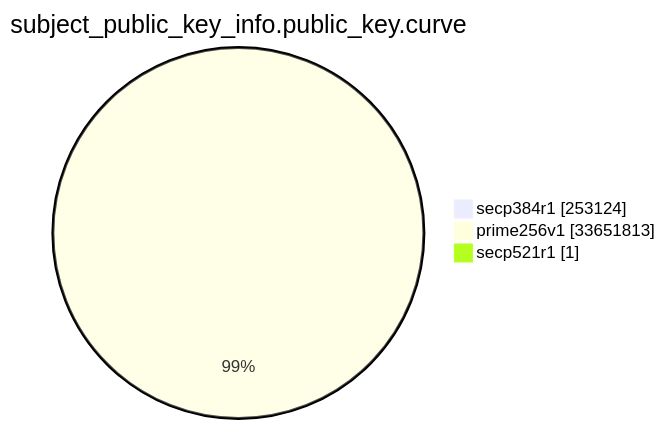
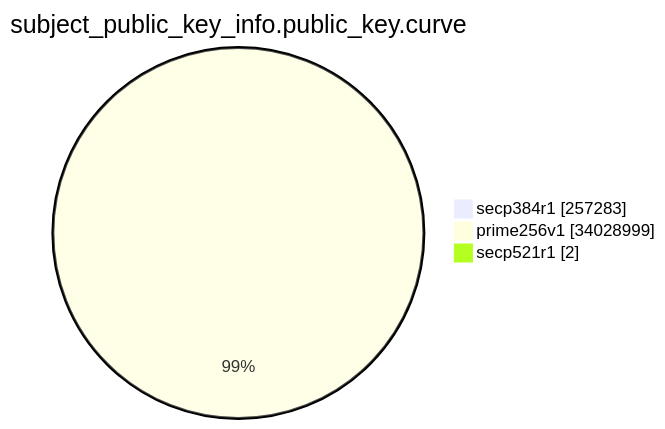
Before and after one commit to christiankrug/ctmonitor_visualization: the eighth of 15 diagrams in xenon2023/README.md, drawn with Mermaid. The commit also changed other lines of this file, not shown here.

````diff
--- a/xenon2023/README.md
+++ b/xenon2023/README.md
@@ -2130,7 +2131,7 @@
 ```mermaid
 pie showData
 title subject_public_key_info.public_key.curve
-"secp384r1" :253124
-"prime256v1" :33651813
-"secp521r1" :1
+"secp384r1" :257283
+"prime256v1" :34028999
+"secp521r1" :2
 ```
````
